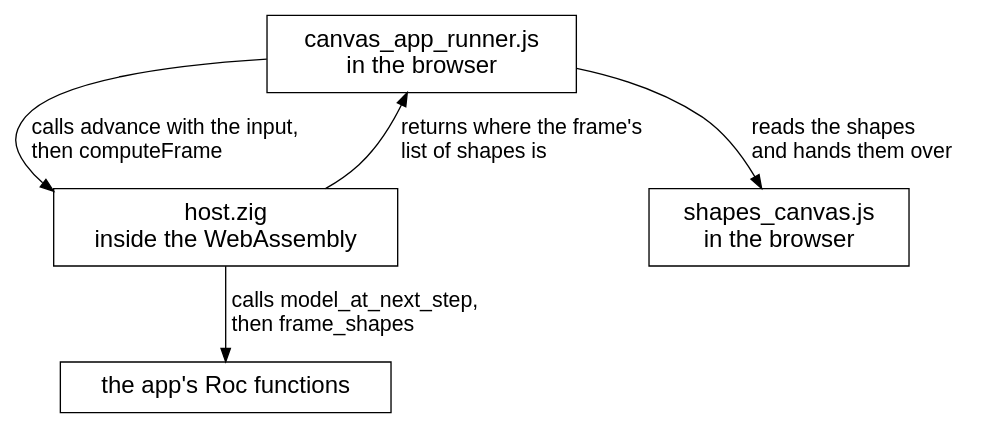
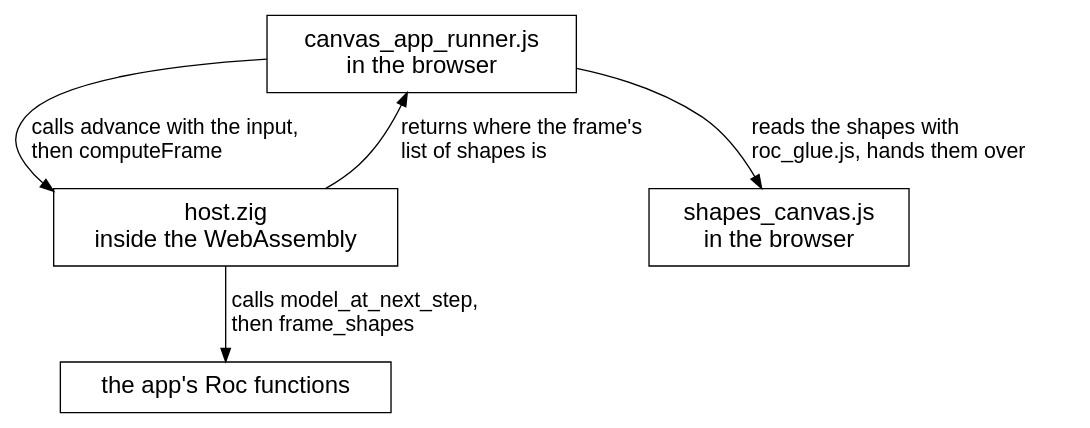
One commit to showell/roc-apps changed diagram 15 of 22 in canvas_apps/safari/tutorial/tutorial.md. Above: the diagram before and after it, drawn with Graphviz. The commit also changed other lines of this file and 5 other files, not shown here.

````diff
--- a/canvas_apps/safari/tutorial/tutorial.md
+++ b/canvas_apps/safari/tutorial/tutorial.md
@@ -2577,17 +2593,17 @@
 ```dot
 digraph one_tick {
   rankdir=TB;
   nodesep=0.6;
   ranksep=0.5;
   node [shape=box, fontname="Helvetica", fontsize=18, margin="0.25,0.12"];
   edge [fontname="Helvetica", fontsize=16];
   runner [label="canvas_app_runner.js\nin the browser"];
   host [label="host.zig\ninside the WebAssembly"];
   roc [label="the app's Roc functions"];
   paint [label="shapes_canvas.js\nin the browser"];
   runner -> host [label="  calls advance with the input,\l  then computeFrame\l"];
   host -> roc [label="  calls model_at_next_step,\l  then frame_shapes\l"];
   host -> runner [label="  returns where the frame's\l  list of shapes is\l"];
-  runner -> paint [label="  reads the shapes\l  and hands them over\l"];
+  runner -> paint [label="  reads the shapes with\l  roc_glue.js, hands them over\l"];
 }
 ```
````
